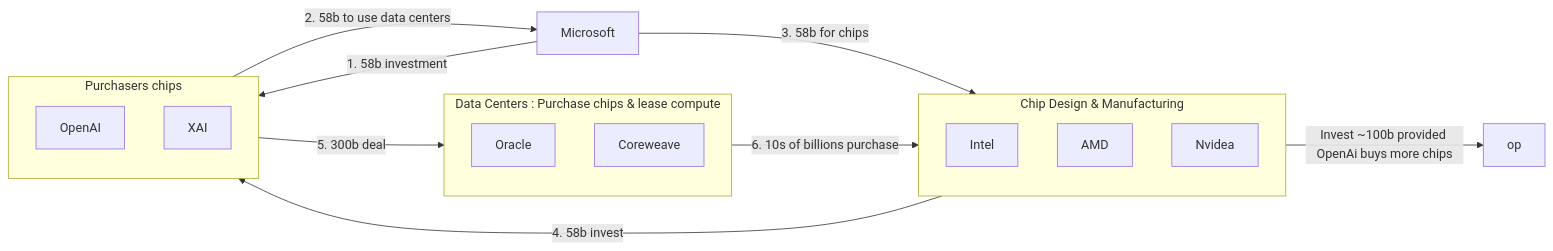
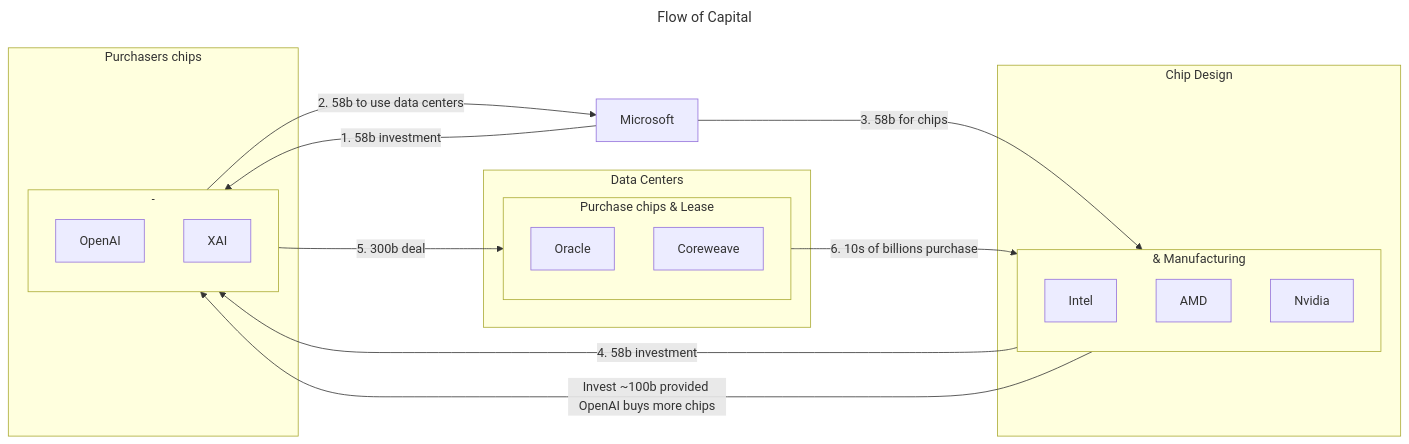
The third of 3 diagrams in ai.md (Yoshidaishima/docs-basics), drawn with Mermaid before and after one commit.

````diff
--- a/ai.md
+++ b/ai.md
@@ -23,43 +23,52 @@
 ``` mermaid
+---
+title: Flow of Capital
+---
 flowchart LR
 
   i[Intel]
   a[AMD]
-  n[Nvidea]
+  n[Nvidia]
   or[Oracle]
   oa[OpenAI]
   x[XAI]
   m[Microsoft]
   c[Coreweave]
 
 
-  subgraph Data Centers : Purchase chips & lease compute
-    direction TB
-    or
-    c
+  subgraph Data Centers
+    subgraph Purchase chips & Lease
+      direction TB
+      or
+      c
+    end
   end
 
-  subgraph Chip Design & Manufacturing
-    direction TB
-    i
-    a
-    n
+  subgraph Chip Design
+    subgraph & Manufacturing
+      direction TB
+      i
+      a
+      n
+    end
   end
 
   subgraph Purchasers chips
-    direction TB
-    oa
-    x
+    subgraph -
+      direction TB
+      oa
+      x
+    end
   end
 
   m --1. 58b investment--> oa
   oa --2. 58b to use data centers --> m
   m --3. 58b for chips--> n
-  n --4. 58b invest--> oa
+  n --4. 58b investment--> oa
 
   oa --5. 300b deal--> or
   or --6. 10s of billions purchase--> n
-  n --Invest ~100b provided OpenAi buys more chips--> op
+  n --Invest ~100b provided OpenAI buys more chips--> oa
   
 
 ```
````
